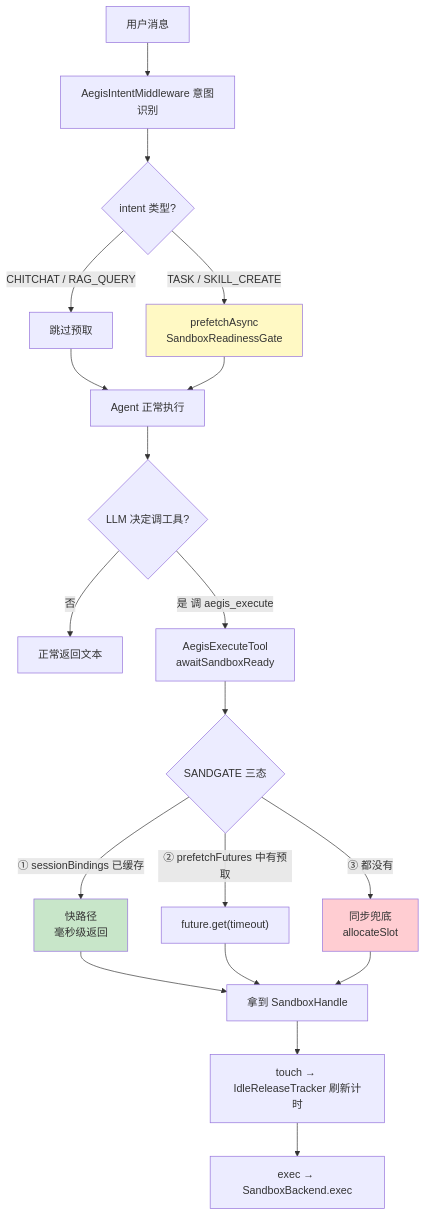
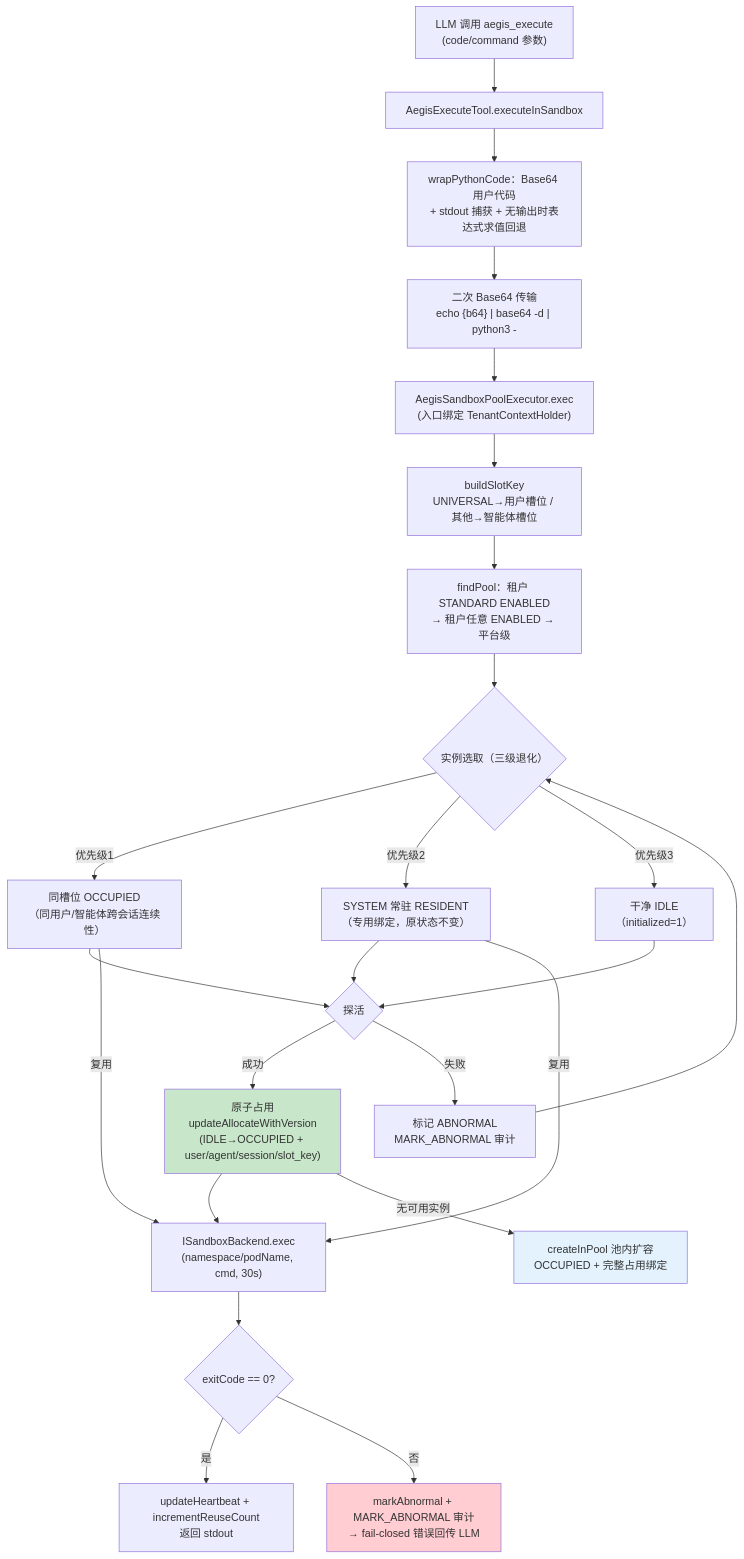
The second of 5 diagrams in docs/sandbox-allocation-and-recycling.md (HarnessAgentStack/AegisAgent), drawn with Mermaid before and after one commit. The commit also changed other lines of this file and 5 other files, not shown here.

````diff
--- a/docs/sandbox-allocation-and-recycling.md
+++ b/docs/sandbox-allocation-and-recycling.md
@@ -185,28 +113,31 @@
 ```mermaid
 flowchart TD
-    A[用户消息] --> B[AegisIntentMiddleware 意图识别]
-    B --> C{intent 类型?}
-    C -->|CHITCHAT / RAG_QUERY| D[跳过预取]
-    C -->|TASK / SKILL_CREATE| E["prefetchAsync<br/>SandboxReadinessGate"]
-    D --> F[Agent 正常执行]
-    E --> F
+    A["LLM 调用 aegis_execute<br/>(code/command 参数)"] --> B["AegisExecuteTool.executeInSandbox"]
+    B --> C["wrapPythonCode：Base64 用户代码<br/>+ stdout 捕获 + 无输出时表达式求值回退"]
+    C --> D["二次 Base64 传输<br/>echo {b64} | base64 -d | python3 -"]
+    D --> E["AegisSandboxPoolExecutor.exec<br/>(入口绑定 TenantContextHolder)"]
 
-    F --> G{LLM 决定调工具?}
-    G -->|否| H[正常返回文本]
-    G -->|是 调 aegis_execute| I["AegisExecuteTool<br/>awaitSandboxReady"]
+    E --> E1["buildSlotKey<br/>UNIVERSAL→用户槽位 / 其他→智能体槽位"]
+    E1 --> F["findPool：租户 STANDARD ENABLED<br/>→ 租户任意 ENABLED → 平台级"]
+    F --> G{"实例选取（三级退化）"}
+    G -->|"优先级1"| H1["同槽位 OCCUPIED<br/>（同用户/智能体跨会话连续性）"]
+    G -->|"优先级2"| H2["SYSTEM 常驻 RESIDENT<br/>（专用绑定，原状态不变）"]
+    G -->|"优先级3"| H3["干净 IDLE<br/>（initialized=1）"]
+    H1 --> I{探活}
+    H2 --> I
+    H3 --> I
+    I -->|成功| J["原子占用<br/>updateAllocateWithVersion<br/>(IDLE→OCCUPIED + user/agent/session/slot_key)"]
+    I -->|失败| K["标记 ABNORMAL<br/>MARK_ABNORMAL 审计"]
+    K --> G
+    J --> L["ISandboxBackend.exec<br/>(namespace/podName, cmd, 30s)"]
+    H1 -->|复用| L
+    H2 -->|复用| L
+    L --> M{exitCode == 0?}
+    M -->|是| N["updateHeartbeat + incrementReuseCount<br/>返回 stdout"]
+    M -->|否| O["markAbnormal + MARK_ABNORMAL 审计<br/>→ fail-closed 错误回传 LLM"]
+    J -->|"无可用实例"| P["createInPool 池内扩容<br/>OCCUPIED + 完整占用绑定"]
 
-    I --> J{SANDGATE 三态}
-    J -->|① sessionBindings 已缓存| K["快路径<br/>毫秒级返回"]
-    J -->|② prefetchFutures 中有预取| L["future.get(timeout)"]
-    J -->|③ 都没有| M["同步兜底<br/>allocateSlot"]
-
-    K --> N[拿到 SandboxHandle]
-    L --> N
-    M --> N
-    N --> O[touch → IdleReleaseTracker 刷新计时]
-    O --> P[exec → SandboxBackend.exec]
-
-    style E fill:#fff9c4
-    style K fill:#c8e6c9
-    style M fill:#ffcdd2
+    style J fill:#c8e6c9
+    style P fill:#e3f2fd
+    style O fill:#ffcdd2
 ```
````
